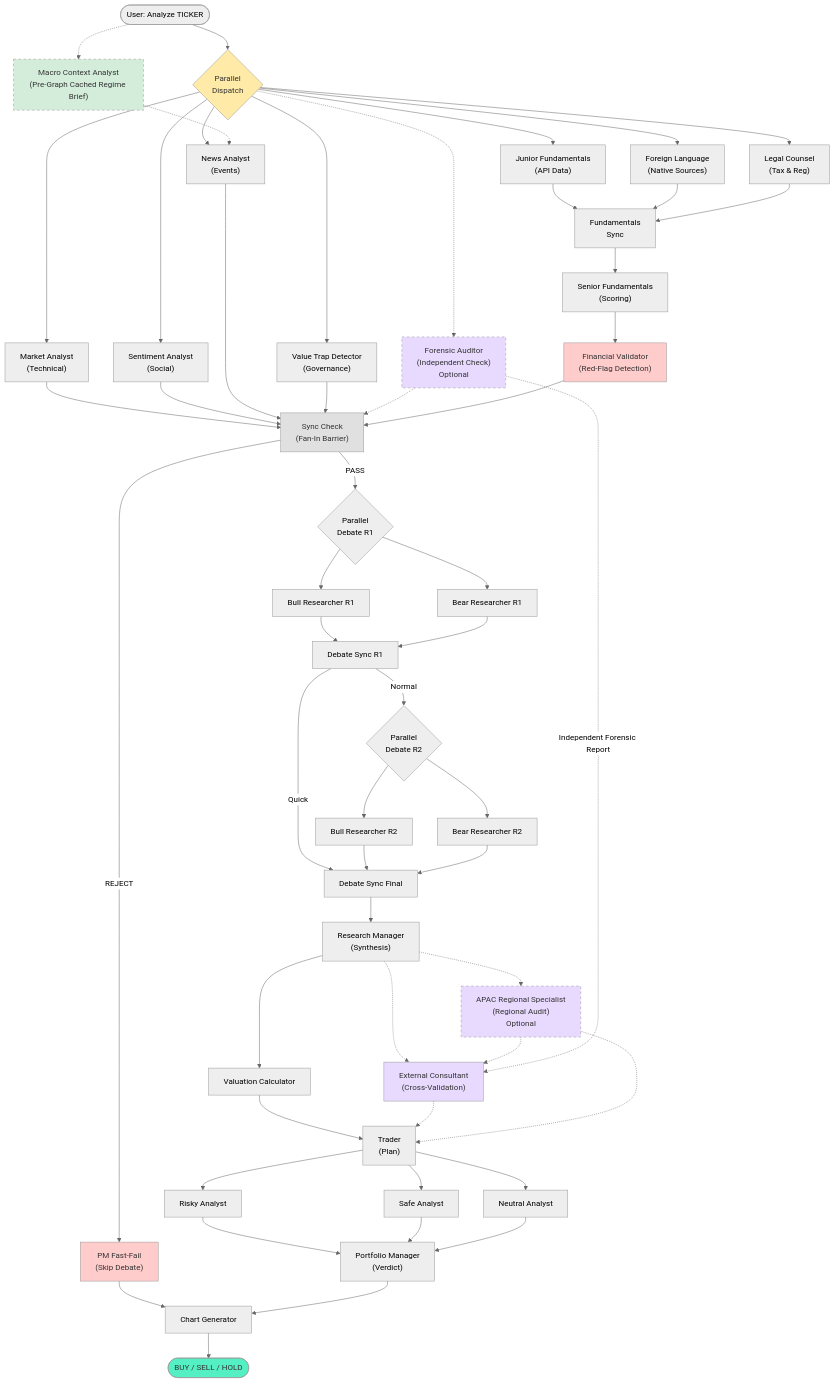
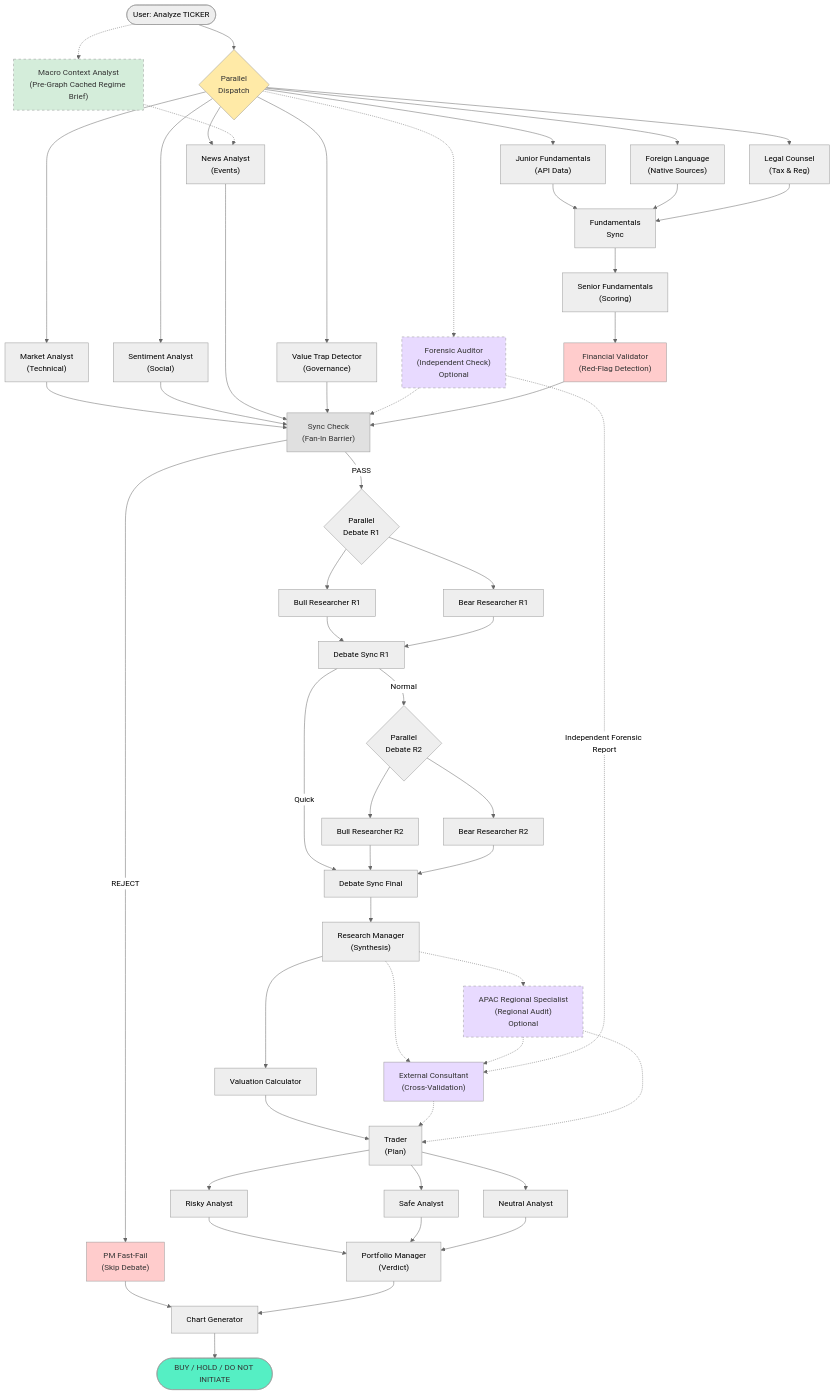
Before and after one commit to rgoerwit/ai-investment-agent: the diagram in README.md, drawn with Mermaid (neutral theme). The commit also changed other lines of this file and 75 other files, not shown here.

````diff
--- a/README.md
+++ b/README.md
@@ -33,79 +33,79 @@
 ```mermaid
 graph TB
     Start(["User: Analyze TICKER"]) --> Dispatcher{"Parallel<br/>Dispatch"}
     Start -.-> MacroCtx["Macro Context Analyst<br/>(Pre-Graph Cached Regime Brief)"]
 
     Dispatcher --> MarketAnalyst["Market Analyst<br/>(Technical)"]
     Dispatcher --> SentimentAnalyst["Sentiment Analyst<br/>(Social)"]
     Dispatcher --> NewsAnalyst["News Analyst<br/>(Events)"]
     Dispatcher --> JuniorFund["Junior Fundamentals<br/>(API Data)"]
     Dispatcher --> ForeignLang["Foreign Language<br/>(Native Sources)"]
     Dispatcher --> LegalCounsel["Legal Counsel<br/>(Tax & Reg)"]
     Dispatcher --> ValueTrap["Value Trap Detector<br/>(Governance)"]
     Dispatcher -.-> Auditor["Forensic Auditor<br/>(Independent Check)<br/>Optional"]
 
     MacroCtx -.-> NewsAnalyst
 
     MarketAnalyst --> SyncCheck["Sync Check<br/>(Fan-In Barrier)"]
     SentimentAnalyst --> SyncCheck
     NewsAnalyst --> SyncCheck
     ValueTrap --> SyncCheck
     Auditor -.-> SyncCheck
 
     JuniorFund --> FundSync["Fundamentals<br/>Sync"]
     ForeignLang --> FundSync
     LegalCounsel --> FundSync
     FundSync --> SeniorFund["Senior Fundamentals<br/>(Scoring)"]
     SeniorFund --> Validator["Financial Validator<br/>(Red-Flag Detection)"]
     Validator --> SyncCheck
 
     SyncCheck -->|"REJECT"| PMFastFail["PM Fast-Fail<br/>(Skip Debate)"]
     SyncCheck -->|"PASS"| DebateR1{"Parallel<br/>Debate R1"}
 
     DebateR1 --> BullR1["Bull Researcher R1"]
     DebateR1 --> BearR1["Bear Researcher R1"]
     BullR1 --> DebateSyncR1["Debate Sync R1"]
     BearR1 --> DebateSyncR1
 
     DebateSyncR1 -->|"Normal"| DebateR2{"Parallel<br/>Debate R2"}
     DebateSyncR1 -->|"Quick"| DebateSyncFinal["Debate Sync Final"]
 
     DebateR2 --> BullR2["Bull Researcher R2"]
     DebateR2 --> BearR2["Bear Researcher R2"]
     BullR2 --> DebateSyncFinal
     BearR2 --> DebateSyncFinal
 
     DebateSyncFinal --> ResearchManager["Research Manager<br/>(Synthesis)"]
     ResearchManager --> ValuationCalc["Valuation Calculator"]
     ResearchManager -.-> APACSpecialist["APAC Regional Specialist<br/>(Regional Audit)<br/>Optional"]
     ResearchManager -.-> Consultant["External Consultant<br/>(Cross-Validation)"]
     APACSpecialist -.-> Consultant
     Auditor -.->|Independent Forensic Report| Consultant
 
     ValuationCalc --> Trader["Trader<br/>(Plan)"]
     Consultant -.-> Trader
     APACSpecialist -.-> Trader
 
     Trader --> RiskyAnalyst["Risky Analyst"]
     Trader --> SafeAnalyst["Safe Analyst"]
     Trader --> NeutralAnalyst["Neutral Analyst"]
 
     RiskyAnalyst --> PortfolioManager["Portfolio Manager<br/>(Verdict)"]
     SafeAnalyst --> PortfolioManager
     NeutralAnalyst --> PortfolioManager
 
     PMFastFail --> ChartGen["Chart Generator"]
     PortfolioManager --> ChartGen
 
-    ChartGen --> Decision(["BUY / SELL / HOLD"])
+    ChartGen --> Decision(["BUY / HOLD / DO NOT INITIATE"])
 
     style Dispatcher fill:#ffeaa7,color:#333
     style MacroCtx fill:#d4edda,color:#333,stroke-dasharray: 5 5
     style SyncCheck fill:#e0e0e0,color:#333
     style Validator fill:#ffcccc,color:#333
     style APACSpecialist fill:#e8daff,color:#333,stroke-dasharray: 5 5
     style Consultant fill:#e8daff,color:#333
     style Auditor fill:#e8daff,color:#333,stroke-dasharray: 5 5
     style PMFastFail fill:#ffcccc,color:#333
     style Decision fill:#55efc4,color:#333
 ```
````
